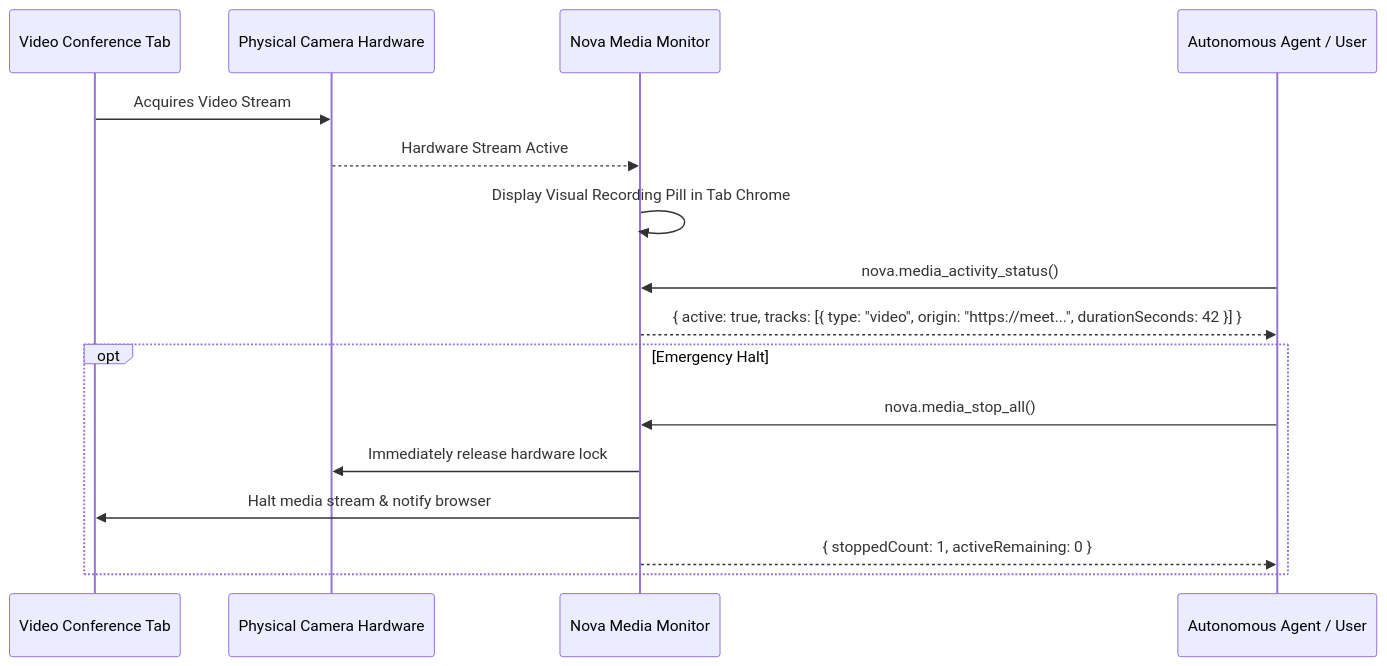
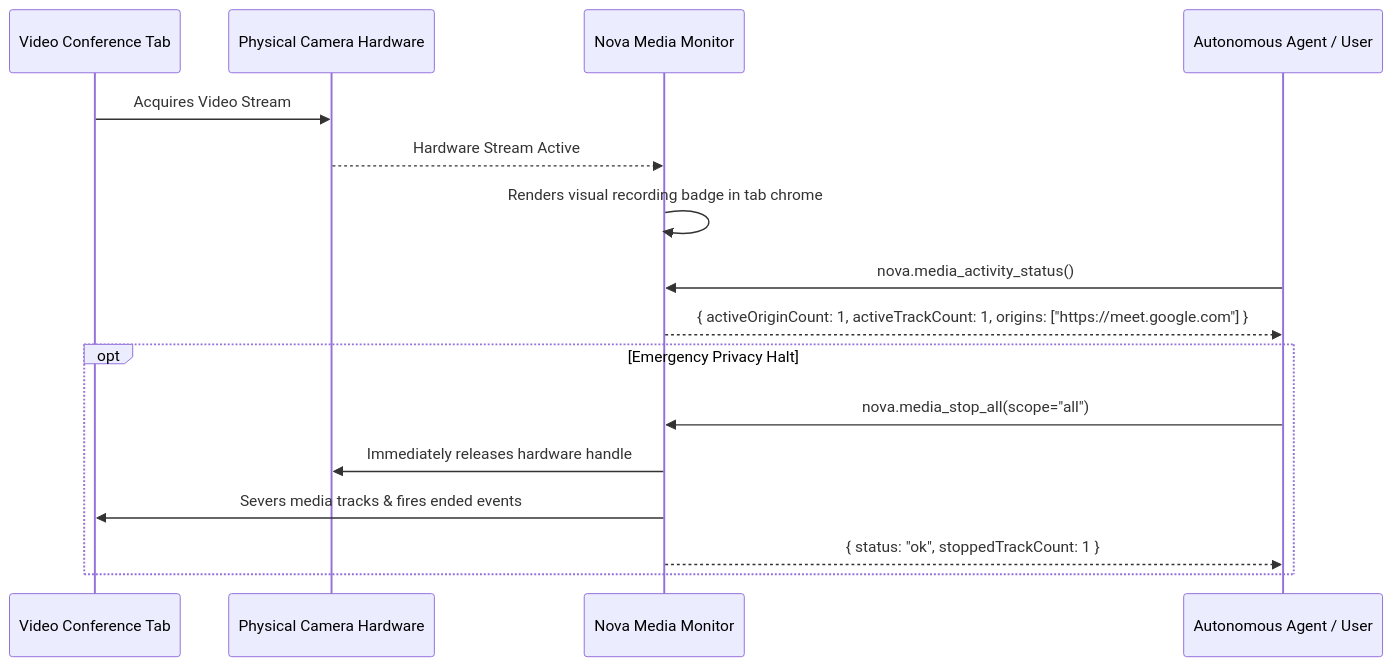
The third of 3 diagrams in docs/core-features/media-intelligence/devices-and-permissions/README.md (joelaniol/nova), drawn with Mermaid before and after one commit. The commit also changed other lines of this file and 11 other files, not shown here.

Commit message:
docs(media-intelligence): expand architectural reference with Outrider boundary, WMF decoding, crash guards, and permission provenance

````diff
--- a/docs/core-features/media-intelligence/devices-and-permissions/README.md
+++ b/docs/core-features/media-intelligence/devices-and-permissions/README.md
@@ -88,21 +136,21 @@
 ```mermaid
 sequenceDiagram
     participant Web as Video Conference Tab
     participant Cam as Physical Camera Hardware
     participant Nova as Nova Media Monitor
     participant Agent as Autonomous Agent / User
 
     Web->>Cam: Acquires Video Stream
     Cam-->>Nova: Hardware Stream Active
-    Nova->>Nova: Display Visual Recording Pill in Tab Chrome
+    Nova->>Nova: Renders visual recording badge in tab chrome
 
     Agent->>Nova: nova.media_activity_status()
-    Nova-->>Agent: { active: true, tracks: [{ type: "video", origin: "https://meet...", durationSeconds: 42 }] }
+    Nova-->>Agent: { activeOriginCount: 1, activeTrackCount: 1, origins: ["https://meet.google.com"] }
 
-    opt Emergency Halt
-        Agent->>Nova: nova.media_stop_all()
-        Nova->>Cam: Immediately release hardware lock
-        Nova->>Web: Halt media stream & notify browser
-        Nova-->>Agent: { stoppedCount: 1, activeRemaining: 0 }
+    opt Emergency Privacy Halt
+        Agent->>Nova: nova.media_stop_all(scope="all")
+        Nova->>Cam: Immediately releases hardware handle
+        Nova->>Web: Severs media tracks & fires ended events
+        Nova-->>Agent: { status: "ok", stoppedTrackCount: 1 }
     end
 ```
````
